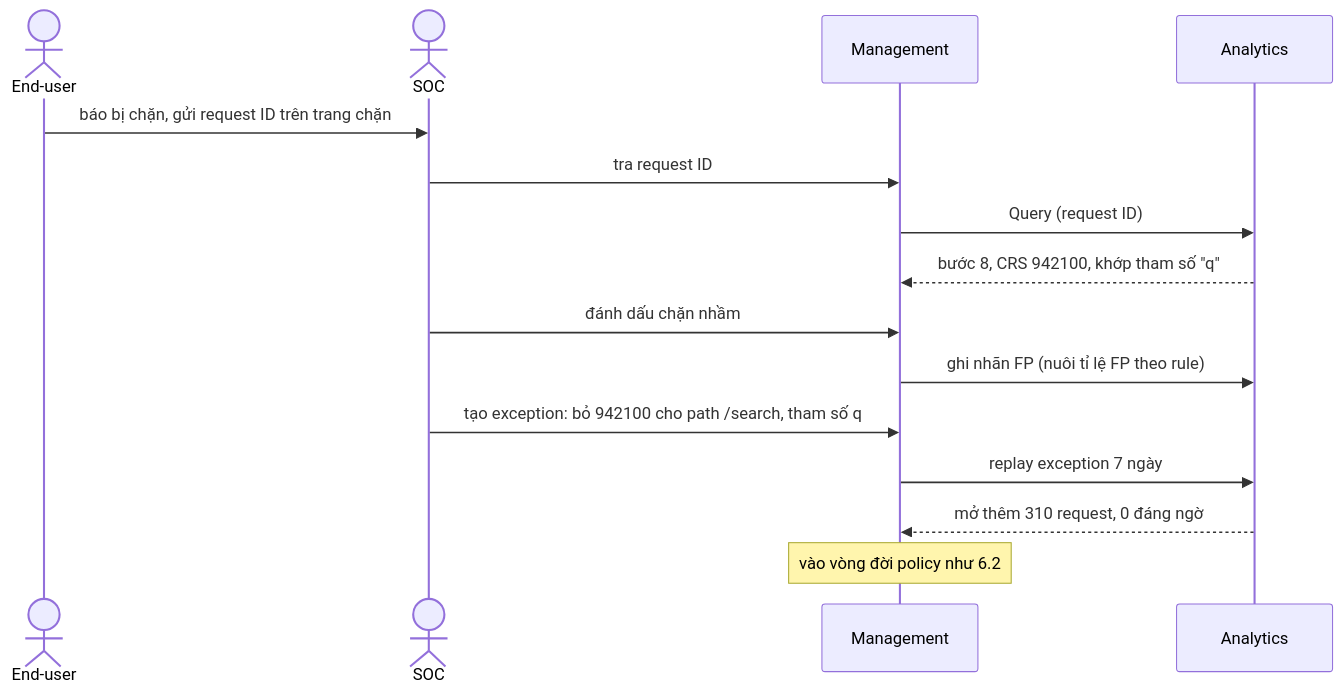
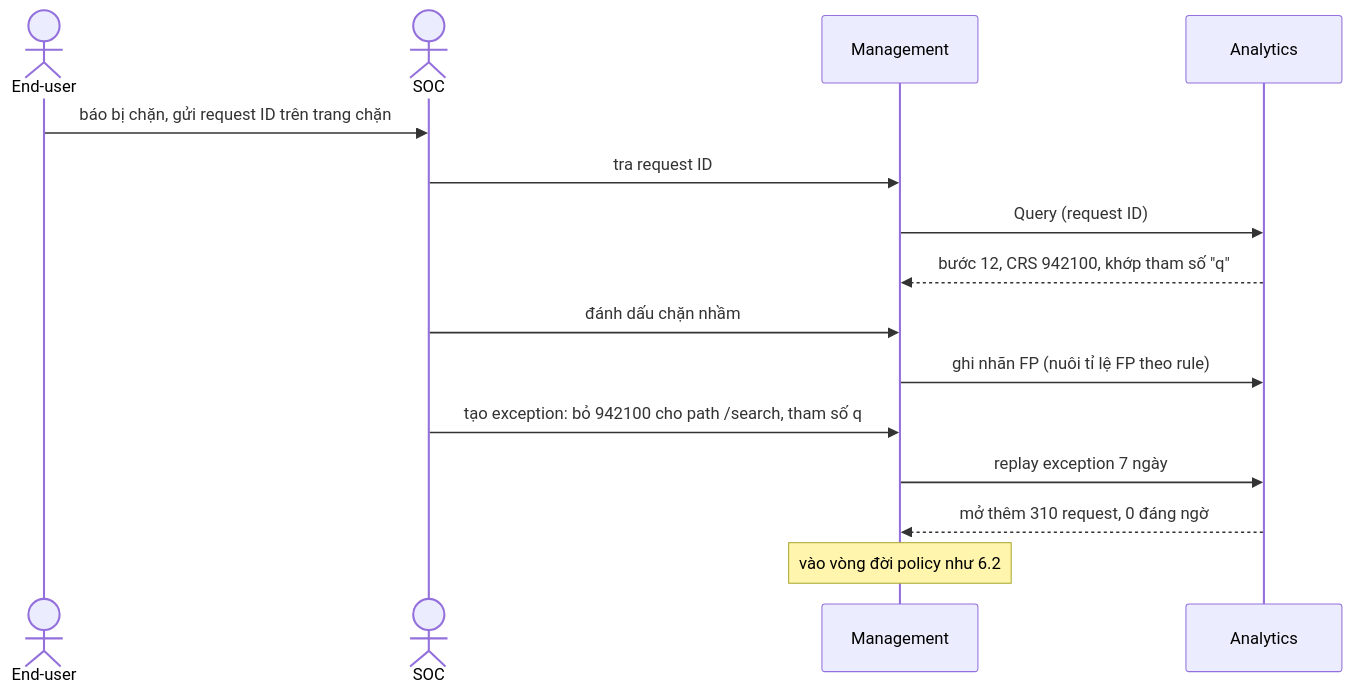
Before and after one commit to metap-org/metap-demo-waf: the fifth of 6 diagrams in docs/architecture/06-runtime/00-index.md, drawn with Mermaid. The commit also changed 24 other files, not shown here.

````diff
--- a/docs/architecture/06-runtime/00-index.md
+++ b/docs/architecture/06-runtime/00-index.md
@@ -154,17 +154,17 @@
 ```mermaid
 sequenceDiagram
     actor U as End-user
     actor S as SOC
     participant M as Management
     participant An as Analytics
     U->>S: báo bị chặn, gửi request ID trên trang chặn
     S->>M: tra request ID
     M->>An: Query (request ID)
-    An-->>M: bước 8, CRS 942100, khớp tham số "q"
+    An-->>M: bước 12, CRS 942100, khớp tham số "q"
     S->>M: đánh dấu chặn nhầm
     M->>An: ghi nhãn FP (nuôi tỉ lệ FP theo rule)
     S->>M: tạo exception: bỏ 942100 cho path /search, tham số q
     M->>An: replay exception 7 ngày
     An-->>M: mở thêm 310 request, 0 đáng ngờ
     Note over M: vào vòng đời policy như 6.2
 ```
````
